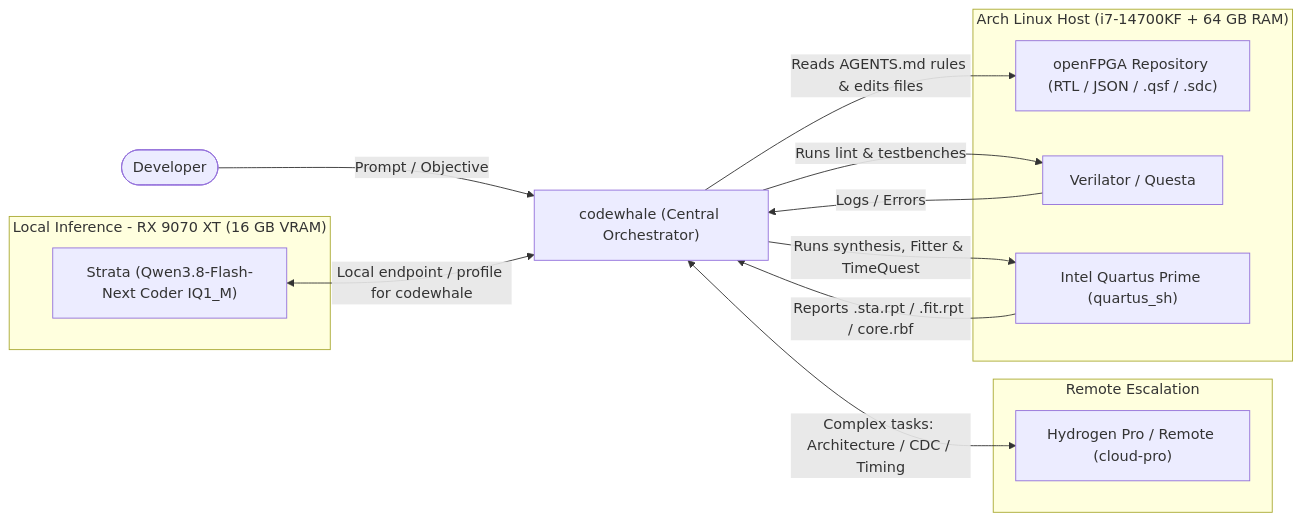
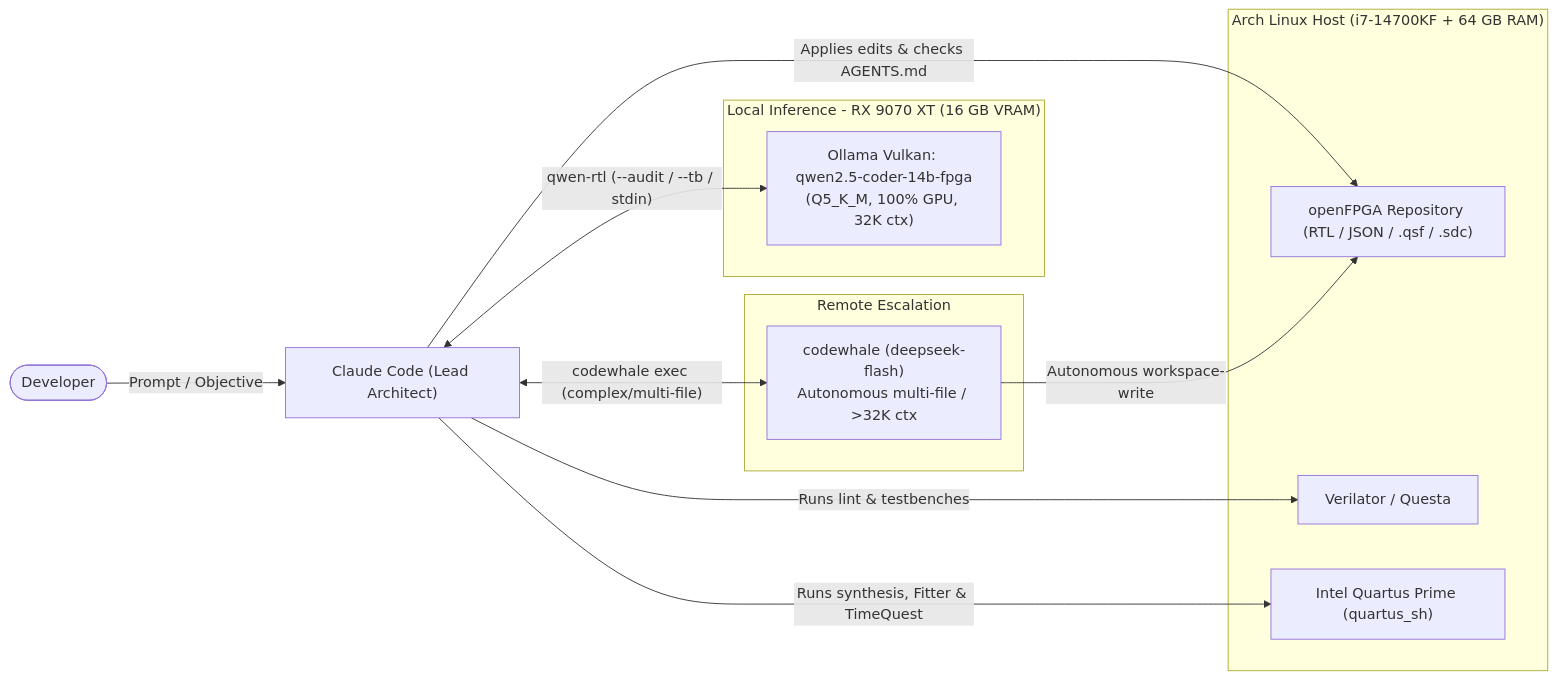
The first of 3 diagrams in docs/ai-fpga-workflow.md (DanimanX/9070FpgaIAWorkflow), drawn with Mermaid before and after one commit. The commit also changed other lines of this file and 3 other files, not shown here.

Commit message:
docs: update workflow to 9070FpgaIAWorkflow (Ollama Vulkan + qwen2.5-coder-14b-fpga + qwen-rtl)

````diff
--- a/docs/ai-fpga-workflow.md
+++ b/docs/ai-fpga-workflow.md
@@ -11,26 +11,25 @@
 ```mermaid
 flowchart LR
-    Dev(["Developer"]) -->|"Prompt / Objective"| CW["codewhale (Central Orchestrator)"]
+    Dev(["Developer"]) -->|"Prompt / Objective"| Claude["Claude Code (Lead Architect)"]
 
     subgraph LocalGPU["Local Inference - RX 9070 XT (16 GB VRAM)"]
-        Strata["Strata (Qwen3.8-Flash-Next Coder IQ1_M)"]
+        Qwen["Ollama Vulkan: qwen2.5-coder-14b-fpga<br/>(Q5_K_M, 100% GPU, 32K ctx)"]
     end
 
     subgraph CloudAPI["Remote Escalation"]
-        Cloud["Hydrogen Pro / Remote (cloud-pro)"]
+        CW["codewhale (deepseek-flash)<br/>Autonomous multi-file / >32K ctx"]
     end
 
     subgraph Toolchain["Arch Linux Host (i7-14700KF + 64 GB RAM)"]
         FS["openFPGA Repository (RTL / JSON / .qsf / .sdc)"]
         Sim["Verilator / Questa"]
         Quartus["Intel Quartus Prime (quartus_sh)"]
     end
 
-    Strata <-->|"Local endpoint / profile for codewhale"| CW
-    CW <-->|"Complex tasks: Architecture / CDC / Timing"| Cloud
-    CW -->|"Reads AGENTS.md rules & edits files"| FS
-    CW -->|"Runs lint & testbenches"| Sim
-    CW -->|"Runs synthesis, Fitter & TimeQuest"| Quartus
-    Sim -->|"Logs / Errors"| CW
-    Quartus -->|"Reports .sta.rpt / .fit.rpt / core.rbf"| CW
+    Claude <-->|"qwen-rtl (--audit / --tb / stdin)"| Qwen
+    Claude <-->|"codewhale exec (complex/multi-file)"| CW
+    Claude -->|"Applies edits & checks AGENTS.md"| FS
+    CW -->|"Autonomous workspace-write"| FS
+    Claude -->|"Runs lint & testbenches"| Sim
+    Claude -->|"Runs synthesis, Fitter & TimeQuest"| Quartus
 ```
````
